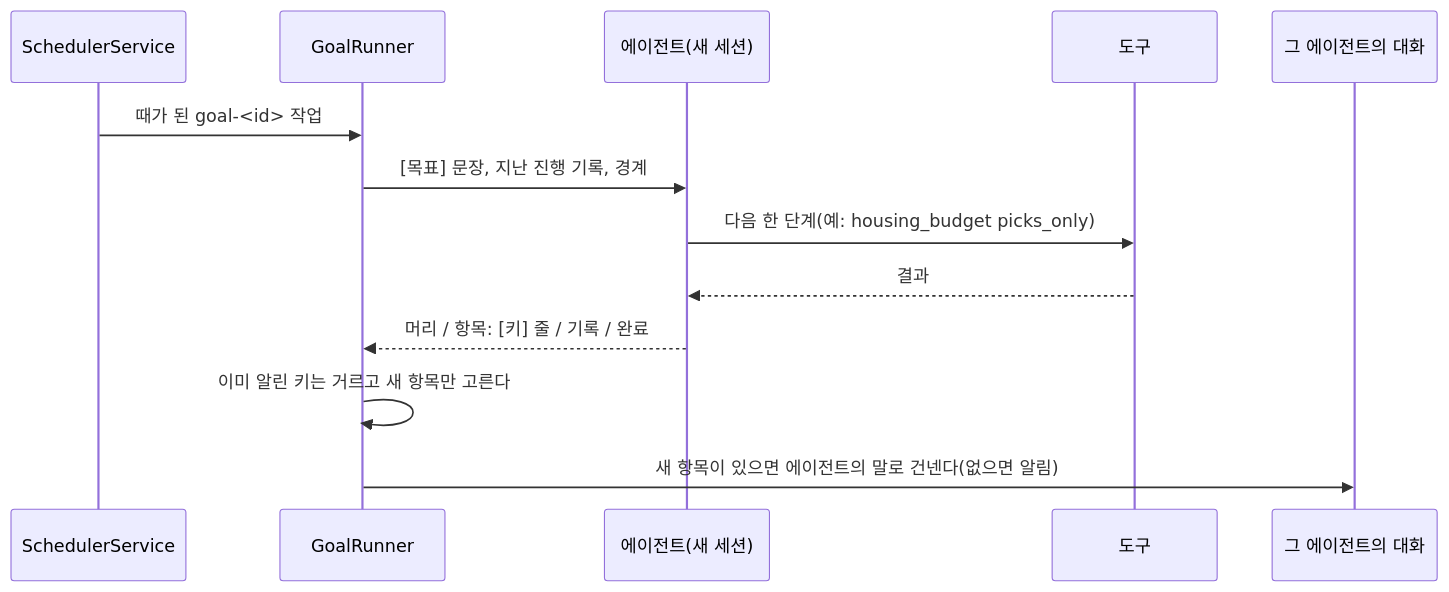
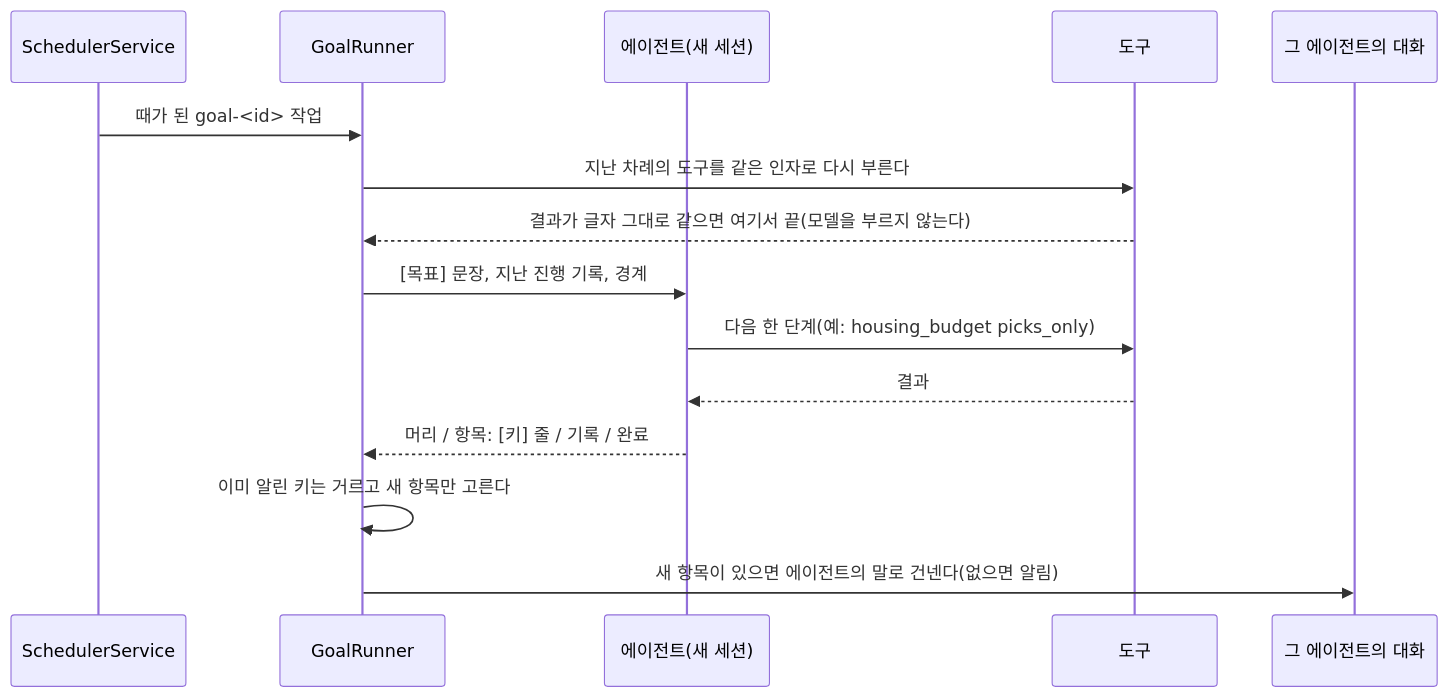
The diagram in website/docs/concepts/conversation/goals.md (ash-hun/jarvis-agent), drawn with Mermaid before and after one commit. The commit also changed other lines of this file and 5 other files, not shown here.

Commit message:
Feat: 목표 차례가 지난 차례의 도구를 같은 인자로 먼저 다시 불러, 결과가 글자 그대로 같으면 모델을 부르지 않는다 (#177)

````diff
--- a/website/docs/concepts/conversation/goals.md
+++ b/website/docs/concepts/conversation/goals.md
@@ -20,15 +20,17 @@
 ```mermaid
 sequenceDiagram
   participant S as SchedulerService
   participant R as GoalRunner
   participant A as 에이전트(새 세션)
   participant T as 도구
   participant C as 그 에이전트의 대화
   S->>R: 때가 된 goal-<id> 작업
+  R->>T: 지난 차례의 도구를 같은 인자로 다시 부른다
+  T-->>R: 결과가 글자 그대로 같으면 여기서 끝(모델을 부르지 않는다)
   R->>A: [목표] 문장, 지난 진행 기록, 경계
   A->>T: 다음 한 단계(예: housing_budget picks_only)
   T-->>A: 결과
   A-->>R: 머리 / 항목: [키] 줄 / 기록 / 완료
   R->>R: 이미 알린 키는 거르고 새 항목만 고른다
   R->>C: 새 항목이 있으면 에이전트의 말로 건넨다(없으면 알림)
 ```
````
